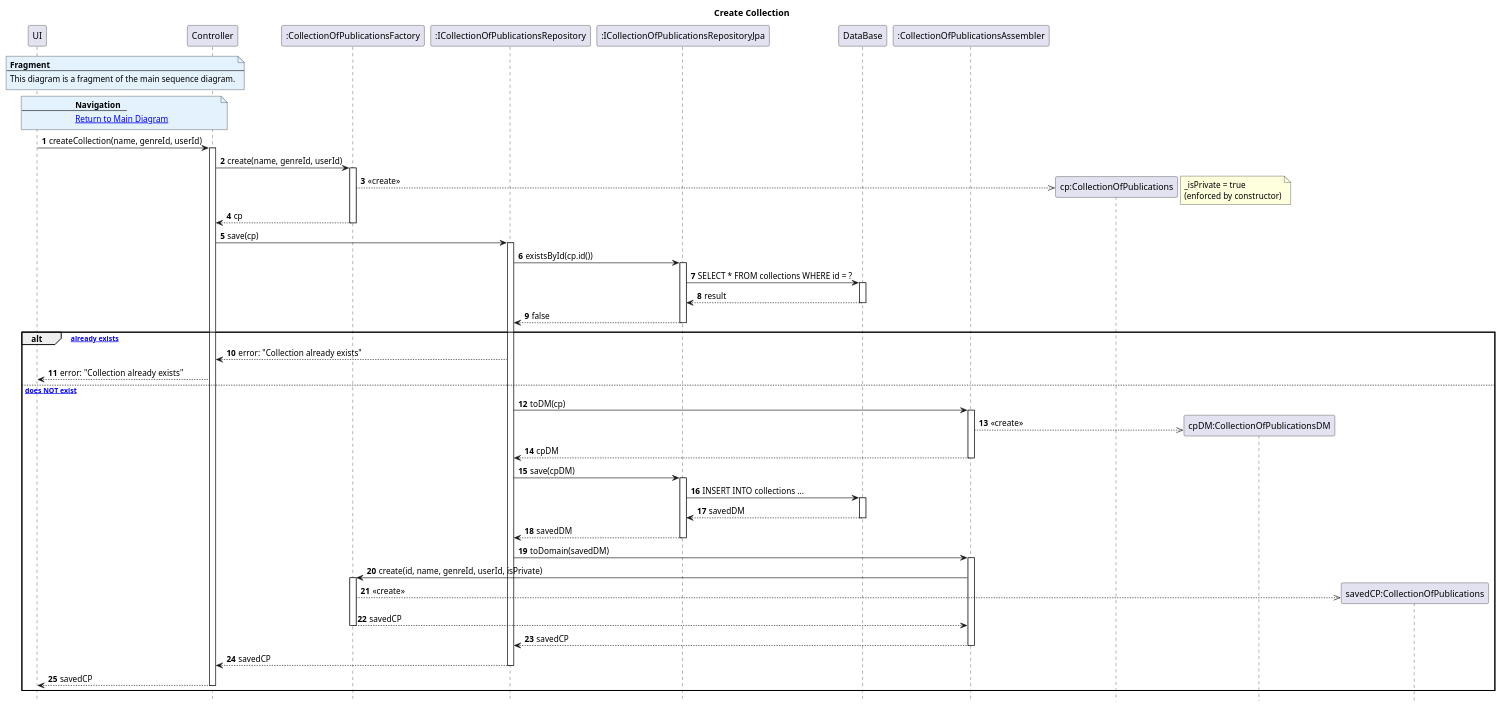
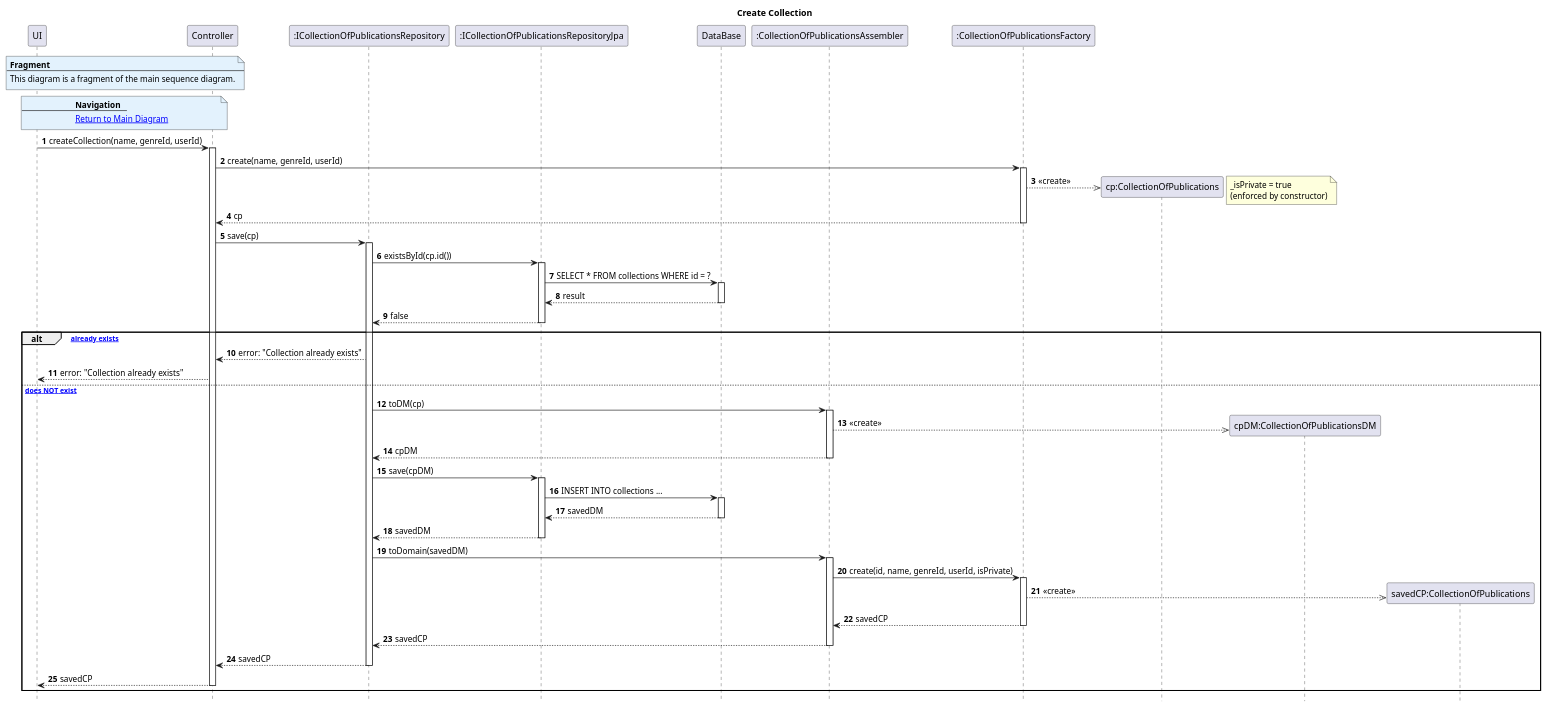
One commit to AndrePereiraGitH/SWitCH-Project-Team_A changed the diagram in Diagrams/SequenceDiagrams/N2/To-create-private-publication-list/3.CreateCollection.puml. Above: the diagram before and after it, drawn with PlantUML. The commit also changed other lines of this file and 2 other files, not shown here.

Commit message:
fix: address review comments — list instantiation in JPA and Factory participant order in diagrams [#760]

```diff
--- a/Diagrams/SequenceDiagrams/N2/To-create-private-publication-list/3.CreateCollection.puml
+++ b/Diagrams/SequenceDiagrams/N2/To-create-private-publication-list/3.CreateCollection.puml
@@ -1,100 +1,100 @@
 @startuml
 hide footbox
 autonumber
 title Create Collection
 
 note over UI, Controller #E3F2FD
 <b>Fragment</b>
 ---
 This diagram is a fragment of the main sequence diagram.
 end note
 
 note over UI, Controller #E3F2FD
 <b>Navigation</b>
 ---
 [[1.MainDiagram.puml Return to Main Diagram]]
 end note
 
 participant ":UI" as UI
 participant ":ToCreateCollectionOfPublicationsController" as Controller
-participant ":CollectionOfPublicationsFactory" as Factory
 participant ":ICollectionOfPublicationsRepository" as Repo
 participant ":ICollectionOfPublicationsRepositoryJpa" as JpaRepo
 participant "DataBase" as DB
 participant ":CollectionOfPublicationsAssembler" as Assembler
+participant ":CollectionOfPublicationsFactory" as Factory
 
 UI -> Controller : createCollection(name, genreId, userId)
 activate Controller
 
 Controller -> Factory : create(name, genreId, userId)
 activate Factory
 
 create "cp:CollectionOfPublications" as CP
 Factory -->> CP : <<create>>
 note right : _isPrivate = true\n(enforced by constructor)
 
 Factory --> Controller : cp
 deactivate Factory
 
 Controller -> Repo : save(cp)
 activate Repo
 
 Repo -> JpaRepo : existsById(cp.id())
 activate JpaRepo
 JpaRepo -> DB : SELECT * FROM collections WHERE id = ?
 activate DB
 DB --> JpaRepo : result
 deactivate DB
 JpaRepo --> Repo : false
 deactivate JpaRepo
 
 alt [collection already exists]
     Repo --> Controller : error: "Collection already exists"
     Controller --> UI : error: "Collection already exists"
 
 else [collection does NOT exist]
 
     Repo -> Assembler : toDM(cp)
     activate Assembler
 
     create "cpDM:CollectionOfPublicationsDM" as CPDM
     Assembler -->> CPDM : <<create>>
 
     Assembler --> Repo : cpDM
     deactivate Assembler
 
     Repo -> JpaRepo : save(cpDM)
     activate JpaRepo
 
     JpaRepo -> DB : INSERT INTO collections ...
     activate DB
     DB --> JpaRepo : savedDM
     deactivate DB
 
     JpaRepo --> Repo : savedDM
     deactivate JpaRepo
 
     Repo -> Assembler : toDomain(savedDM)
     activate Assembler
 
     Assembler -> Factory : create(id, name, genreId, userId, isPrivate)
     activate Factory
 
     create "savedCP:CollectionOfPublications" as SavedCP
     Factory -->> SavedCP : <<create>>
 
     Factory --> Assembler : savedCP
     deactivate Factory
 
     Assembler --> Repo : savedCP
     deactivate Assembler
 
     Repo --> Controller : savedCP
     deactivate Repo
 
     Controller --> UI : savedCP
     deactivate Controller
 
 end
 
 @enduml
```
